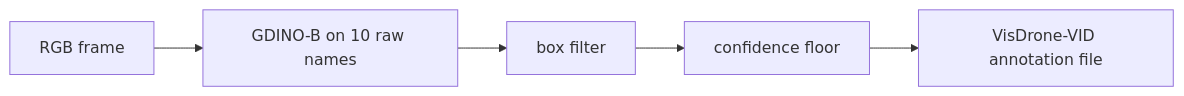
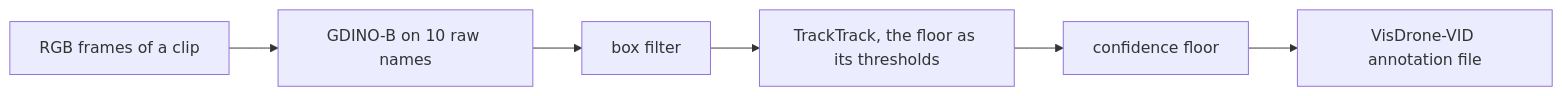
One commit to vtarasv/mlops-cv changed the diagram in docs/autolabel.md. Above: the diagram before and after it, drawn with Mermaid. The commit also changed other lines of this file and 11 other files, not shown here.

First line of the commit message:
feat(autolabel): the production labeler tracks each clip with TrackTrack

````diff
--- a/docs/autolabel.md
+++ b/docs/autolabel.md
@@ -9,5 +11,6 @@
 ```mermaid
 flowchart LR
-    F[RGB frame] --> D[GDINO-B on 10 raw names] --> B[box filter] --> C[confidence floor]
+    F[RGB frames of a clip] --> D[GDINO-B on 10 raw names] --> B[box filter]
+    B --> T[TrackTrack, the floor as its thresholds] --> C[confidence floor]
     C --> A[VisDrone-VID annotation file]
 ```
````
